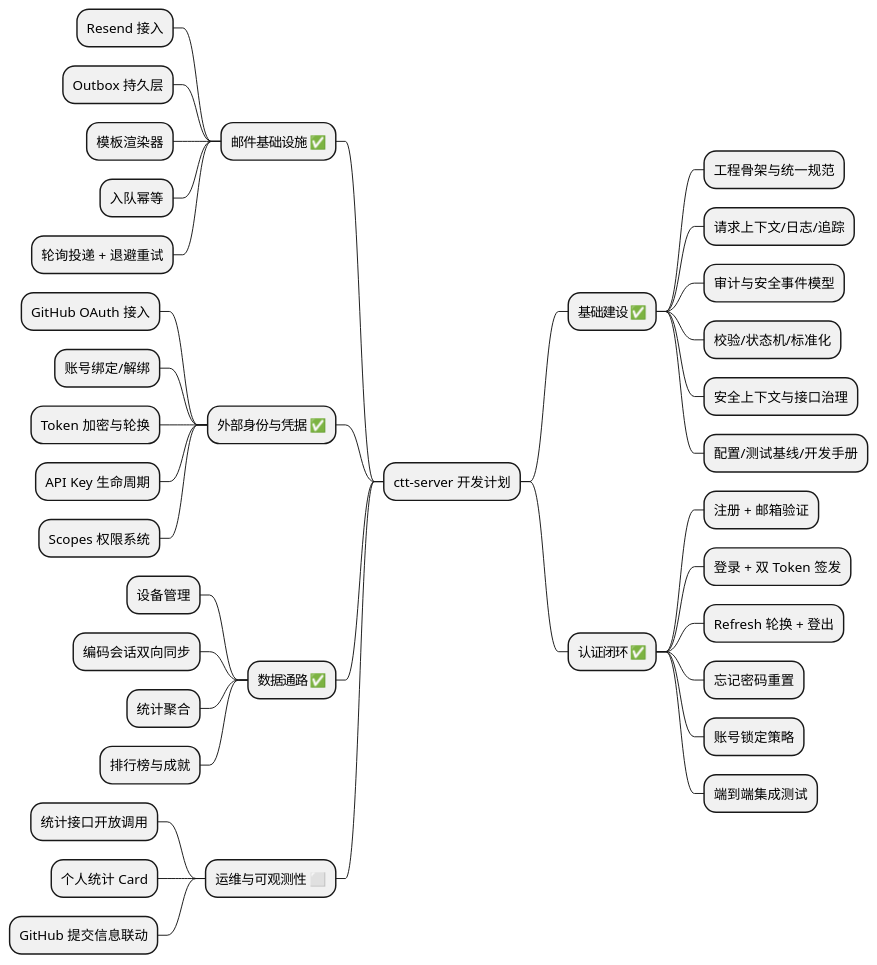
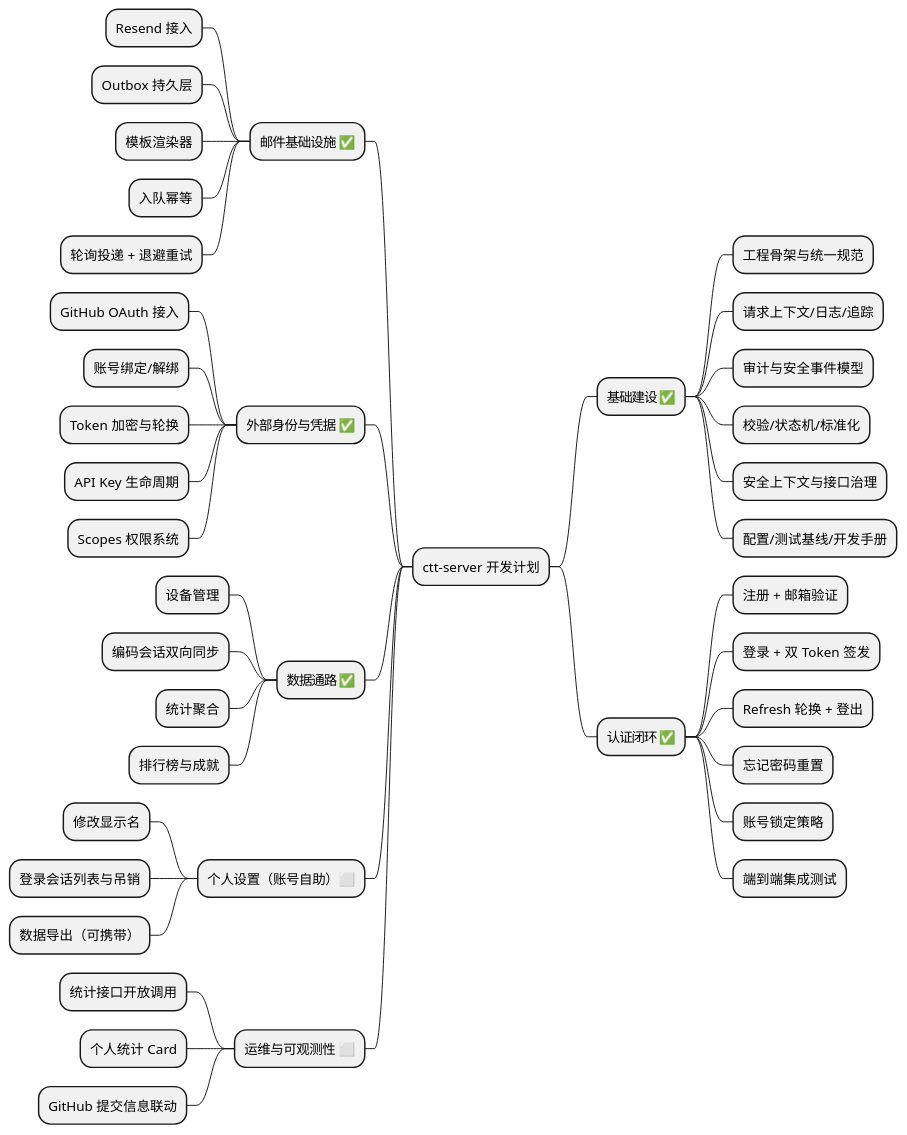
The first of 7 diagrams in .plans/ctt-server-development-plan.md (AhogeK/ctt-server), drawn with PlantUML before and after one commit. The commit also changed other lines of this file and 1 other file, not shown here.

````diff
--- a/.plans/ctt-server-development-plan.md
+++ b/.plans/ctt-server-development-plan.md
@@ -13,42 +13,46 @@
 ```plantuml
 @startmindmap
 * ctt-server 开发计划
 ** 基础建设 ✅
 *** 工程骨架与统一规范
 *** 请求上下文/日志/追踪
 *** 审计与安全事件模型
 *** 校验/状态机/标准化
 *** 安全上下文与接口治理
 *** 配置/测试基线/开发手册
 ** 认证闭环 ✅
 *** 注册 + 邮箱验证
 *** 登录 + 双 Token 签发
 *** Refresh 轮换 + 登出
 *** 忘记密码重置
 *** 账号锁定策略
 *** 端到端集成测试
 
 left side
 ** 邮件基础设施 ✅
 *** Resend 接入
 *** Outbox 持久层
 *** 模板渲染器
 *** 入队幂等
 *** 轮询投递 + 退避重试
 ** 外部身份与凭据 ✅
 *** GitHub OAuth 接入
 *** 账号绑定/解绑
 *** Token 加密与轮换
 *** API Key 生命周期
 *** Scopes 权限系统
 ** 数据通路 ✅
 *** 设备管理
 *** 编码会话双向同步
 *** 统计聚合
 *** 排行榜与成就
+** 个人设置（账号自助）⬜
+*** 修改显示名
+*** 登录会话列表与吊销
+*** 数据导出（可携带）
 ** 运维与可观测性 ⬜
 *** 统计接口开放调用
 *** 个人统计 Card
 *** GitHub 提交信息联动
 @endmindmap
 ```
````
